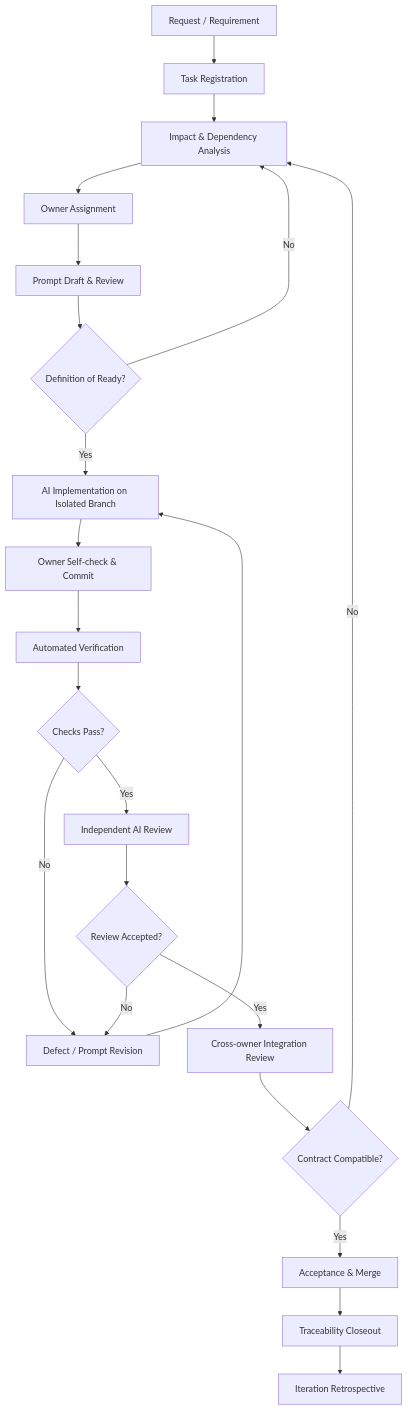
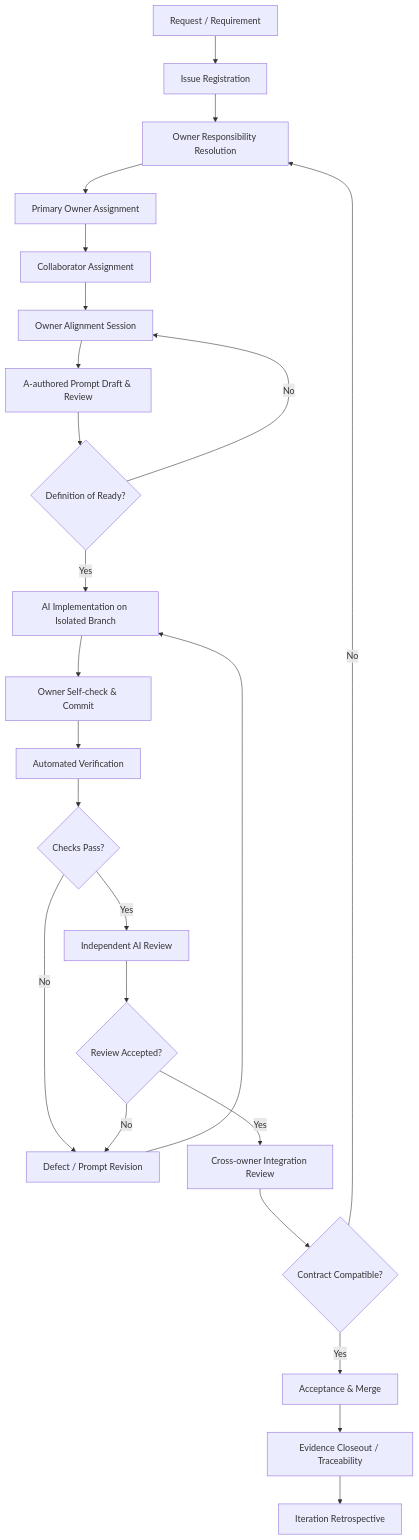
Before and after one commit to oahcom/AiMemoryBrainArchitecture: the diagram in 14-ai-development/iteration-lifecycle.md, drawn with Mermaid. The commit also changed other lines of this file and 9 other files, not shown here.

First line of the commit message:
docs(14-ai-development): AI-PROC-001 §2.1 amendment + issue-alignment evidence archive

````diff
--- a/14-ai-development/iteration-lifecycle.md
+++ b/14-ai-development/iteration-lifecycle.md
@@ -15,24 +15,26 @@
 ```mermaid
 flowchart TD
-  A[Request / Requirement] --> B[Task Registration]
-  B --> C[Impact & Dependency Analysis]
-  C --> D[Owner Assignment]
-  D --> E[Prompt Draft & Review]
+  A[Request / Requirement] --> B[Issue Registration]
+  B --> C[Owner Responsibility Resolution]
+  C --> C2[Primary Owner Assignment]
+  C2 --> C3[Collaborator Assignment]
+  C3 --> D[Owner Alignment Session]
+  D --> E[A-authored Prompt Draft & Review]
   E --> F{Definition of Ready?}
-  F -- No --> C
+  F -- No --> D
   F -- Yes --> G[AI Implementation on Isolated Branch]
   G --> H[Owner Self-check & Commit]
   H --> I[Automated Verification]
   I --> J{Checks Pass?}
   J -- No --> K[Defect / Prompt Revision]
   K --> G
   J -- Yes --> L[Independent AI Review]
   L --> M{Review Accepted?}
   M -- No --> K
   M -- Yes --> N[Cross-owner Integration Review]
   N --> O{Contract Compatible?}
   O -- No --> C
   O -- Yes --> P[Acceptance & Merge]
-  P --> Q[Traceability Closeout]
+  P --> Q[Evidence Closeout / Traceability]
   Q --> R[Iteration Retrospective]
 ```
````
